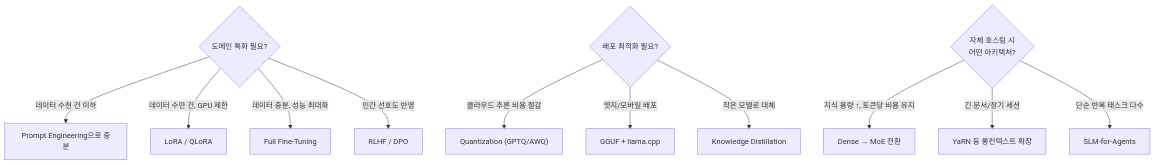
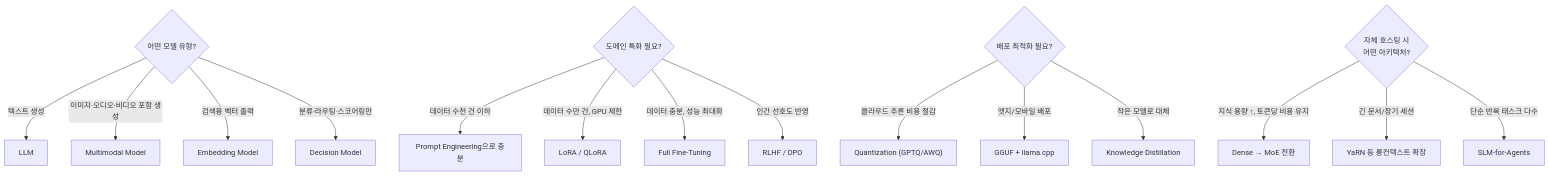
The second of 2 diagrams in wiki/AI/Engineering/Model_Engineering/Model_Engineering.md (TaeHunKim/AIEngineeringLLMWiki), drawn with Mermaid before and after one commit. The commit also changed other lines of this file and 18 other files, not shown here.

````diff
--- a/wiki/AI/Engineering/Model_Engineering/Model_Engineering.md
+++ b/wiki/AI/Engineering/Model_Engineering/Model_Engineering.md
@@ -40,15 +69,20 @@
 ```mermaid
 flowchart TD
+    D0{어떤 모델 유형?} -->|"텍스트 생성"| D1["LLM"]
+    D0 -->|"이미지·오디오·비디오 포함 생성"| D2["Multimodal Model"]
+    D0 -->|"검색용 벡터 출력"| D3["Embedding Model"]
+    D0 -->|"분류·라우팅·스코어링만"| D4["Decision Model"]
+
     A{도메인 특화 필요?} -->|"데이터 수천 건 이하"| PE[Prompt Engineering으로 충분]
     A -->|"데이터 수만 건, GPU 제한"| LR["LoRA / QLoRA"]
     A -->|"데이터 충분, 성능 최대화"| FF[Full Fine-Tuning]
     A -->|"인간 선호도 반영"| RL["RLHF / DPO"]
 
     B{배포 최적화 필요?} -->|"클라우드 추론 비용 절감"| QT["Quantization (GPTQ/AWQ)"]
     B -->|"엣지/모바일 배포"| GG["GGUF + llama.cpp"]
     B -->|"작은 모델로 대체"| KD[Knowledge Distillation]
 
     C{"자체 호스팅 시<br/>어떤 아키텍처?"} -->|"지식 용량 ↑, 토큰당 비용 유지"| MOE["Dense → MoE 전환"]
     C -->|"긴 문서/장기 세션"| YARN["YaRN 등 롱컨텍스트 확장"]
     C -->|"단순 반복 태스크 다수"| SLM["SLM-for-Agents"]
 ```
````
